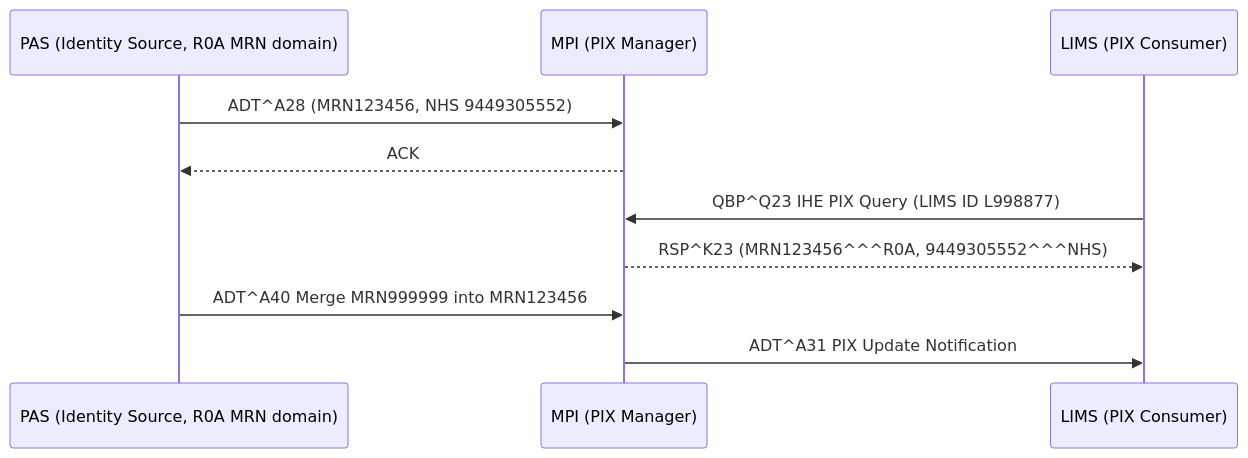
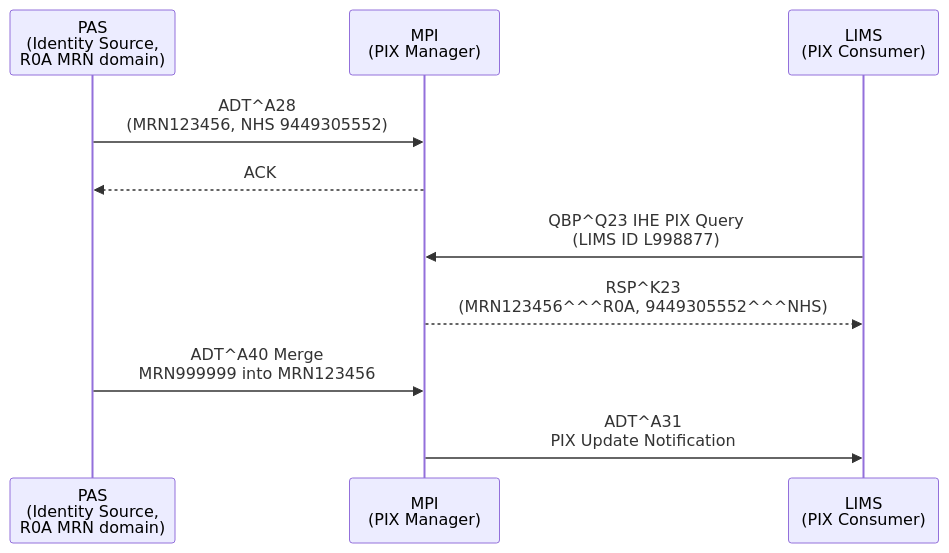
The diagram in input/pagecontent/PIX.md (nw-gmsa/IHEUK-PAM-Unofficial), drawn with Mermaid before and after one commit. The commit also changed 3 other files, not shown here.

Commit message:
Narrow wide Mermaid diagrams so they stay readable in the 1100px content column

````diff
--- a/input/pagecontent/PIX.md
+++ b/input/pagecontent/PIX.md
@@ -53,12 +53,12 @@
 ```mermaid
 sequenceDiagram
-    participant PAS as PAS (Identity Source, R0A MRN domain)
-    participant MPI as MPI (PIX Manager)
-    participant LIMS as LIMS (PIX Consumer)
-    PAS->>MPI: ADT^A28 (MRN123456, NHS 9449305552)
+    participant PAS as PAS<br/>(Identity Source,<br/>R0A MRN domain)
+    participant MPI as MPI<br/>(PIX Manager)
+    participant LIMS as LIMS<br/>(PIX Consumer)
+    PAS->>MPI: ADT^A28<br/>(MRN123456, NHS 9449305552)
     MPI-->>PAS: ACK
-    LIMS->>MPI: QBP^Q23 IHE PIX Query (LIMS ID L998877)
-    MPI-->>LIMS: RSP^K23 (MRN123456^^^R0A, 9449305552^^^NHS)
-    PAS->>MPI: ADT^A40 Merge MRN999999 into MRN123456
-    MPI->>LIMS: ADT^A31 PIX Update Notification
+    LIMS->>MPI: QBP^Q23 IHE PIX Query<br/>(LIMS ID L998877)
+    MPI-->>LIMS: RSP^K23<br/>(MRN123456^^^R0A, 9449305552^^^NHS)
+    PAS->>MPI: ADT^A40 Merge<br/>MRN999999 into MRN123456
+    MPI->>LIMS: ADT^A31<br/>PIX Update Notification
 ```
````
